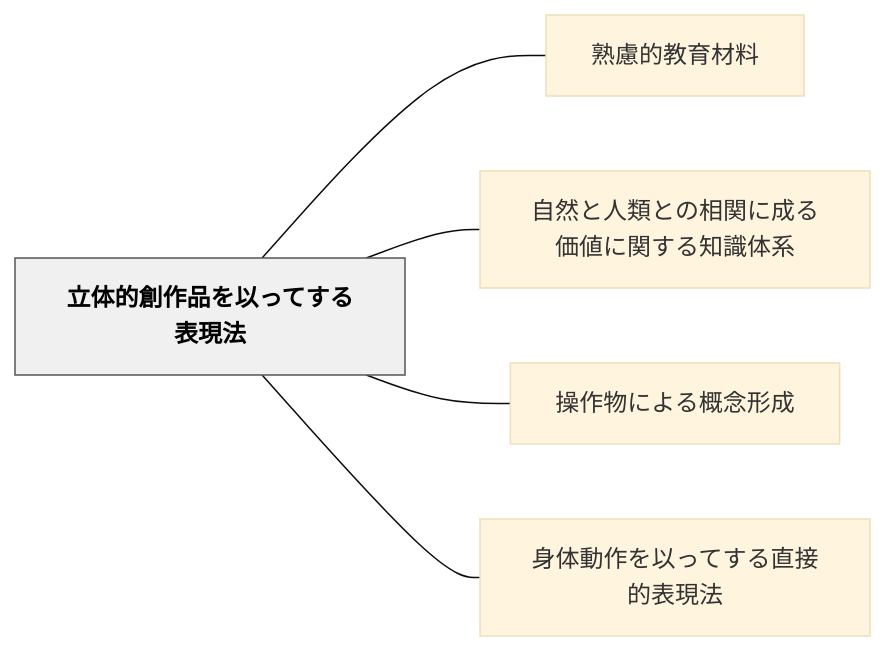
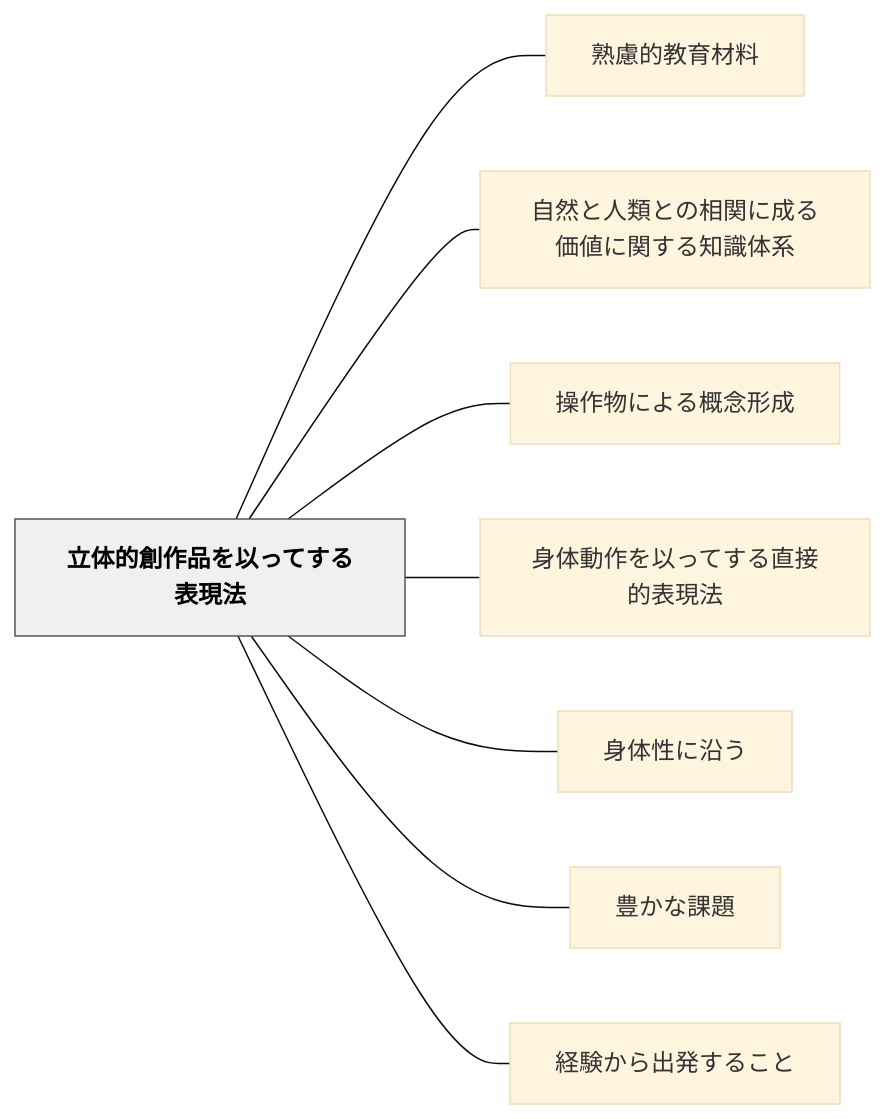
Before and after one commit to unknownthings-ed-patterns/unknownthings-ed-patterns: the diagram in content/パタン/立体的創作品を以ってする表現法.md, drawn with Mermaid (base theme). The commit also changed other lines of this file and 71 other files, not shown here.

````diff
--- a/content/パタン/立体的創作品を以ってする表現法.md
+++ b/content/パタン/立体的創作品を以ってする表現法.md
@@ -45,16 +48,22 @@
 ```mermaid
 flowchart LR
     ne7ab8be4bd93e79a84e589b5e4bd9ce59381e38292e4bba5e381a3e381a6e38199e3828be8a1a8e78fbee6b395["立体的創作品を以ってする表現法"]
     ne7869fe685aee79a84e69599e882b2e69d90e69699["熟慮的教育材料"]
     ne887aae784b6e381a8e4babae9a19ee381a8e381aee79bb8e996a2e381abe68890e3828be4bea1e580a4e381abe996a2e38199e3828be79fa5e8ad98e4bd93e7b3bb["自然と人類との相関に成る価値に関する知識体系"]
     ne6938de4bd9ce789a9e381abe38288e3828be6a682e5bfb5e5bda2e68890["操作物による概念形成"]
     ne8baabe4bd93e58b95e4bd9ce38292e4bba5e381a3e381a6e38199e3828be79bb4e68ea5e79a84e8a1a8e78fbee6b395["身体動作を以ってする直接的表現法"]
+    ne8baabe4bd93e680a7e381abe6b2bfe38186["身体性に沿う"]
+    ne8b18ae3818be381aae8aab2e9a18c["豊かな課題"]
+    ne7b58ce9a893e3818be38289e587bae799bae38199e3828be38193e381a8["経験から出発すること"]
 
     ne7ab8be4bd93e79a84e589b5e4bd9ce59381e38292e4bba5e381a3e381a6e38199e3828be8a1a8e78fbee6b395 --- ne7869fe685aee79a84e69599e882b2e69d90e69699
     ne7ab8be4bd93e79a84e589b5e4bd9ce59381e38292e4bba5e381a3e381a6e38199e3828be8a1a8e78fbee6b395 --- ne887aae784b6e381a8e4babae9a19ee381a8e381aee79bb8e996a2e381abe68890e3828be4bea1e580a4e381abe996a2e38199e3828be79fa5e8ad98e4bd93e7b3bb
     ne7ab8be4bd93e79a84e589b5e4bd9ce59381e38292e4bba5e381a3e381a6e38199e3828be8a1a8e78fbee6b395 --- ne6938de4bd9ce789a9e381abe38288e3828be6a682e5bfb5e5bda2e68890
     ne7ab8be4bd93e79a84e589b5e4bd9ce59381e38292e4bba5e381a3e381a6e38199e3828be8a1a8e78fbee6b395 --- ne8baabe4bd93e58b95e4bd9ce38292e4bba5e381a3e381a6e38199e3828be79bb4e68ea5e79a84e8a1a8e78fbee6b395
+    ne7ab8be4bd93e79a84e589b5e4bd9ce59381e38292e4bba5e381a3e381a6e38199e3828be8a1a8e78fbee6b395 --- ne8baabe4bd93e680a7e381abe6b2bfe38186
+    ne7ab8be4bd93e79a84e589b5e4bd9ce59381e38292e4bba5e381a3e381a6e38199e3828be8a1a8e78fbee6b395 --- ne8b18ae3818be381aae8aab2e9a18c
+    ne7ab8be4bd93e79a84e589b5e4bd9ce59381e38292e4bba5e381a3e381a6e38199e3828be8a1a8e78fbee6b395 --- ne7b58ce9a893e3818be38289e587bae799bae38199e3828be38193e381a8
 
     classDef hub fill:#f0f0f0,stroke:#555,color:#000,font-weight:bold
     class ne7ab8be4bd93e79a84e589b5e4bd9ce59381e38292e4bba5e381a3e381a6e38199e3828be8a1a8e78fbee6b395 hub
 ```
````
